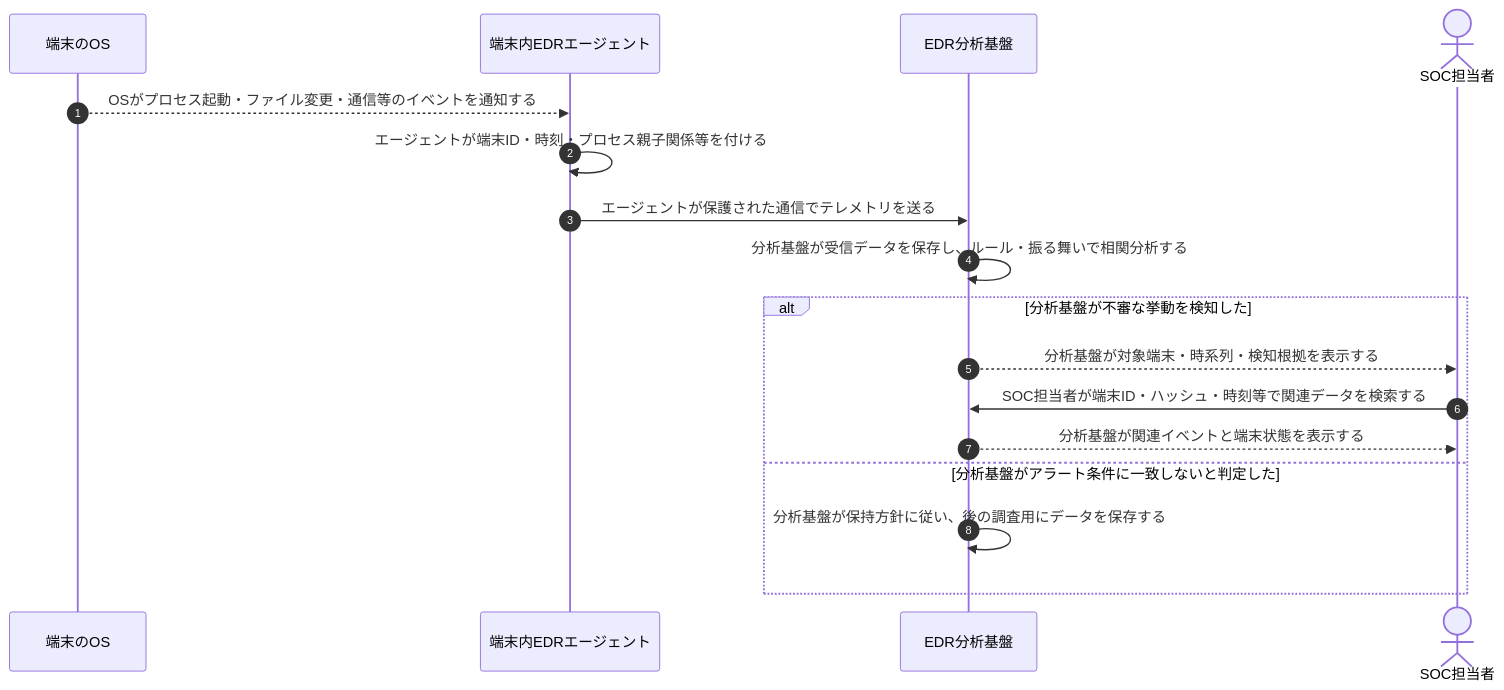
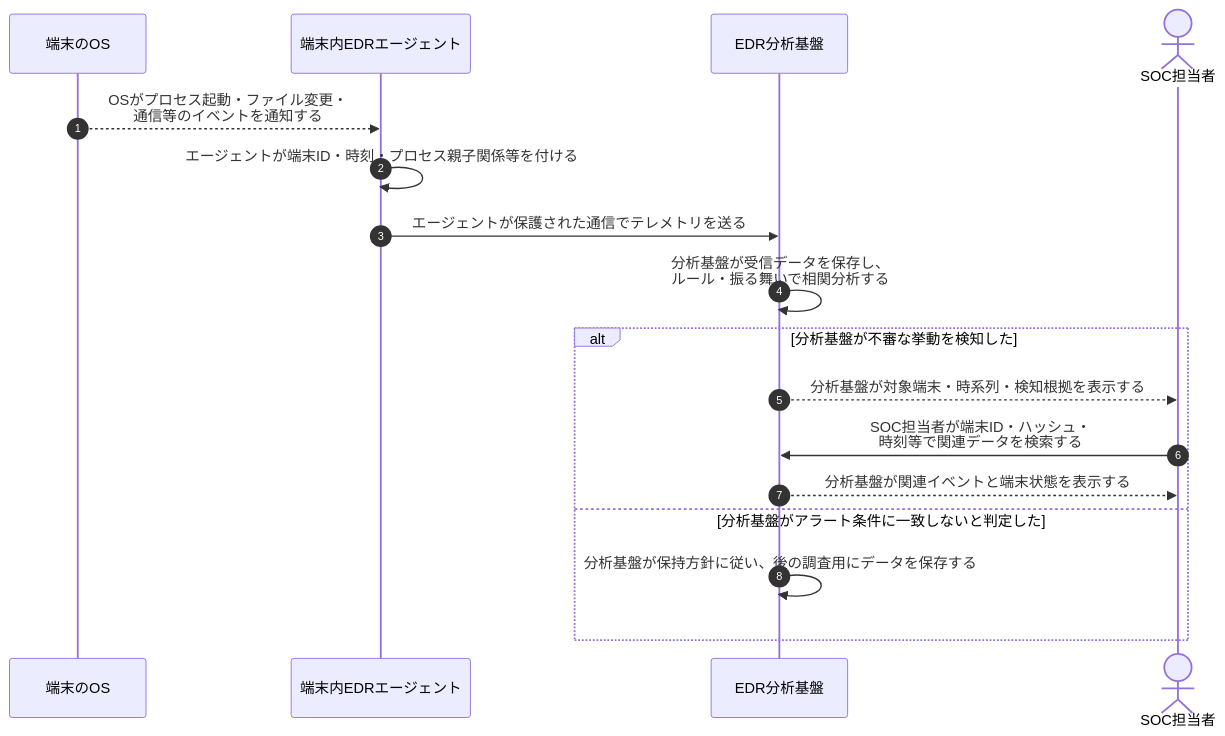
Before and after one commit to ryusuke2003/security-specialist-study: the first of 2 diagrams in 復習用/流れ図/EDRテレメトリの収集・分析・対応.md, drawn with Mermaid. The commit also changed other lines of this file and 7 other files, not shown here.

Commit message:
図の折り返しと認証失敗時の前提を整え検証結果と導線を更新

````diff
--- a/復習用/流れ図/EDRテレメトリの収集・分析・対応.md
+++ b/復習用/流れ図/EDRテレメトリの収集・分析・対応.md
@@ -11,20 +11,20 @@
 ```mermaid
 sequenceDiagram
     autonumber
     participant O as 端末のOS
     participant E as 端末内EDRエージェント
     participant P as EDR分析基盤
     actor A as SOC担当者
 
-    O-->>E: OSがプロセス起動・ファイル変更・通信等のイベントを通知する
+    O-->>E: OSがプロセス起動・ファイル変更・<br/>通信等のイベントを通知する
     E->>E: エージェントが端末ID・時刻・プロセス親子関係等を付ける
     E->>P: エージェントが保護された通信でテレメトリを送る
-    P->>P: 分析基盤が受信データを保存し、ルール・振る舞いで相関分析する
+    P->>P: 分析基盤が受信データを保存し、<br/>ルール・振る舞いで相関分析する
     alt 分析基盤が不審な挙動を検知した
         P-->>A: 分析基盤が対象端末・時系列・検知根拠を表示する
-        A->>P: SOC担当者が端末ID・ハッシュ・時刻等で関連データを検索する
+        A->>P: SOC担当者が端末ID・ハッシュ・<br/>時刻等で関連データを検索する
         P-->>A: 分析基盤が関連イベントと端末状態を表示する
     else 分析基盤がアラート条件に一致しないと判定した
         P->>P: 分析基盤が保持方針に従い、後の調査用にデータを保存する
     end
 ```
````
